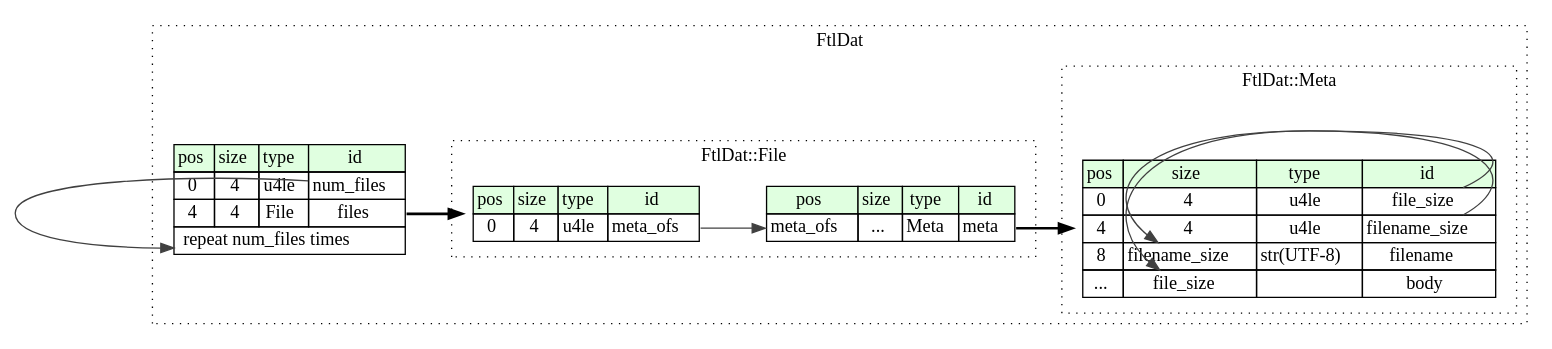
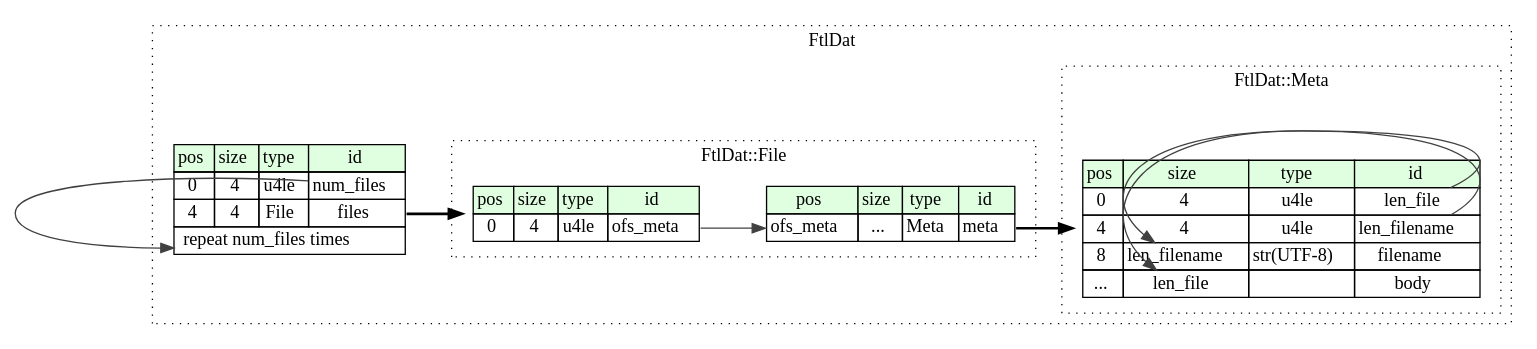
Before and after one commit to kaitai-io/formats-kaitai-io.github.io: the diagram in ftl_dat/src/graphviz/ftl_dat.dot, drawn with Graphviz. The commit also changed 55 other files, not shown here.

```diff
--- a/ftl_dat/src/graphviz/ftl_dat.dot
+++ b/ftl_dat/src/graphviz/ftl_dat.dot
@@ -1,46 +1,46 @@
 digraph {
 	rankdir=LR;
 	node [shape=plaintext];
 	subgraph cluster__ftl_dat {
 		label="FtlDat";
 		graph[style=dotted];
 
 		ftl_dat__seq [label=<<TABLE BORDER="0" CELLBORDER="1" CELLSPACING="0">
 			<TR><TD BGCOLOR="#E0FFE0">pos</TD><TD BGCOLOR="#E0FFE0">size</TD><TD BGCOLOR="#E0FFE0">type</TD><TD BGCOLOR="#E0FFE0">id</TD></TR>
 			<TR><TD PORT="num_files_pos">0</TD><TD PORT="num_files_size">4</TD><TD>u4le</TD><TD PORT="num_files_type">num_files</TD></TR>
 			<TR><TD PORT="files_pos">4</TD><TD PORT="files_size">4</TD><TD>File</TD><TD PORT="files_type">files</TD></TR>
 			<TR><TD COLSPAN="4" PORT="files__repeat">repeat num_files times</TD></TR>
 		</TABLE>>];
 		subgraph cluster__file {
 			label="FtlDat::File";
 			graph[style=dotted];
 
 			file__seq [label=<<TABLE BORDER="0" CELLBORDER="1" CELLSPACING="0">
 				<TR><TD BGCOLOR="#E0FFE0">pos</TD><TD BGCOLOR="#E0FFE0">size</TD><TD BGCOLOR="#E0FFE0">type</TD><TD BGCOLOR="#E0FFE0">id</TD></TR>
-				<TR><TD PORT="meta_ofs_pos">0</TD><TD PORT="meta_ofs_size">4</TD><TD>u4le</TD><TD PORT="meta_ofs_type">meta_ofs</TD></TR>
+				<TR><TD PORT="ofs_meta_pos">0</TD><TD PORT="ofs_meta_size">4</TD><TD>u4le</TD><TD PORT="ofs_meta_type">ofs_meta</TD></TR>
 			</TABLE>>];
 			file__inst__meta [label=<<TABLE BORDER="0" CELLBORDER="1" CELLSPACING="0">
 				<TR><TD BGCOLOR="#E0FFE0">pos</TD><TD BGCOLOR="#E0FFE0">size</TD><TD BGCOLOR="#E0FFE0">type</TD><TD BGCOLOR="#E0FFE0">id</TD></TR>
-				<TR><TD PORT="meta_pos">meta_ofs</TD><TD PORT="meta_size">...</TD><TD>Meta</TD><TD PORT="meta_type">meta</TD></TR>
+				<TR><TD PORT="meta_pos">ofs_meta</TD><TD PORT="meta_size">...</TD><TD>Meta</TD><TD PORT="meta_type">meta</TD></TR>
 			</TABLE>>];
 		}
 		subgraph cluster__meta {
 			label="FtlDat::Meta";
 			graph[style=dotted];
 
 			meta__seq [label=<<TABLE BORDER="0" CELLBORDER="1" CELLSPACING="0">
 				<TR><TD BGCOLOR="#E0FFE0">pos</TD><TD BGCOLOR="#E0FFE0">size</TD><TD BGCOLOR="#E0FFE0">type</TD><TD BGCOLOR="#E0FFE0">id</TD></TR>
-				<TR><TD PORT="file_size_pos">0</TD><TD PORT="file_size_size">4</TD><TD>u4le</TD><TD PORT="file_size_type">file_size</TD></TR>
-				<TR><TD PORT="filename_size_pos">4</TD><TD PORT="filename_size_size">4</TD><TD>u4le</TD><TD PORT="filename_size_type">filename_size</TD></TR>
-				<TR><TD PORT="filename_pos">8</TD><TD PORT="filename_size">filename_size</TD><TD>str(UTF-8)</TD><TD PORT="filename_type">filename</TD></TR>
-				<TR><TD PORT="body_pos">...</TD><TD PORT="body_size">file_size</TD><TD></TD><TD PORT="body_type">body</TD></TR>
+				<TR><TD PORT="len_file_pos">0</TD><TD PORT="len_file_size">4</TD><TD>u4le</TD><TD PORT="len_file_type">len_file</TD></TR>
+				<TR><TD PORT="len_filename_pos">4</TD><TD PORT="len_filename_size">4</TD><TD>u4le</TD><TD PORT="len_filename_type">len_filename</TD></TR>
+				<TR><TD PORT="filename_pos">8</TD><TD PORT="filename_size">len_filename</TD><TD>str(UTF-8)</TD><TD PORT="filename_type">filename</TD></TR>
+				<TR><TD PORT="body_pos">...</TD><TD PORT="body_size">len_file</TD><TD></TD><TD PORT="body_type">body</TD></TR>
 			</TABLE>>];
 		}
 	}
 	ftl_dat__seq:files_type -> file__seq [style=bold];
 	ftl_dat__seq:num_files_type -> ftl_dat__seq:files__repeat [color="#404040"];
-	file__seq:meta_ofs_type -> file__inst__meta:meta_pos [color="#404040"];
+	file__seq:ofs_meta_type -> file__inst__meta:meta_pos [color="#404040"];
 	file__inst__meta:meta_type -> meta__seq [style=bold];
-	meta__seq:filename_size_type -> meta__seq:filename_size [color="#404040"];
-	meta__seq:file_size_type -> meta__seq:body_size [color="#404040"];
+	meta__seq:len_filename_type -> meta__seq:filename_size [color="#404040"];
+	meta__seq:len_file_type -> meta__seq:body_size [color="#404040"];
 }
```
